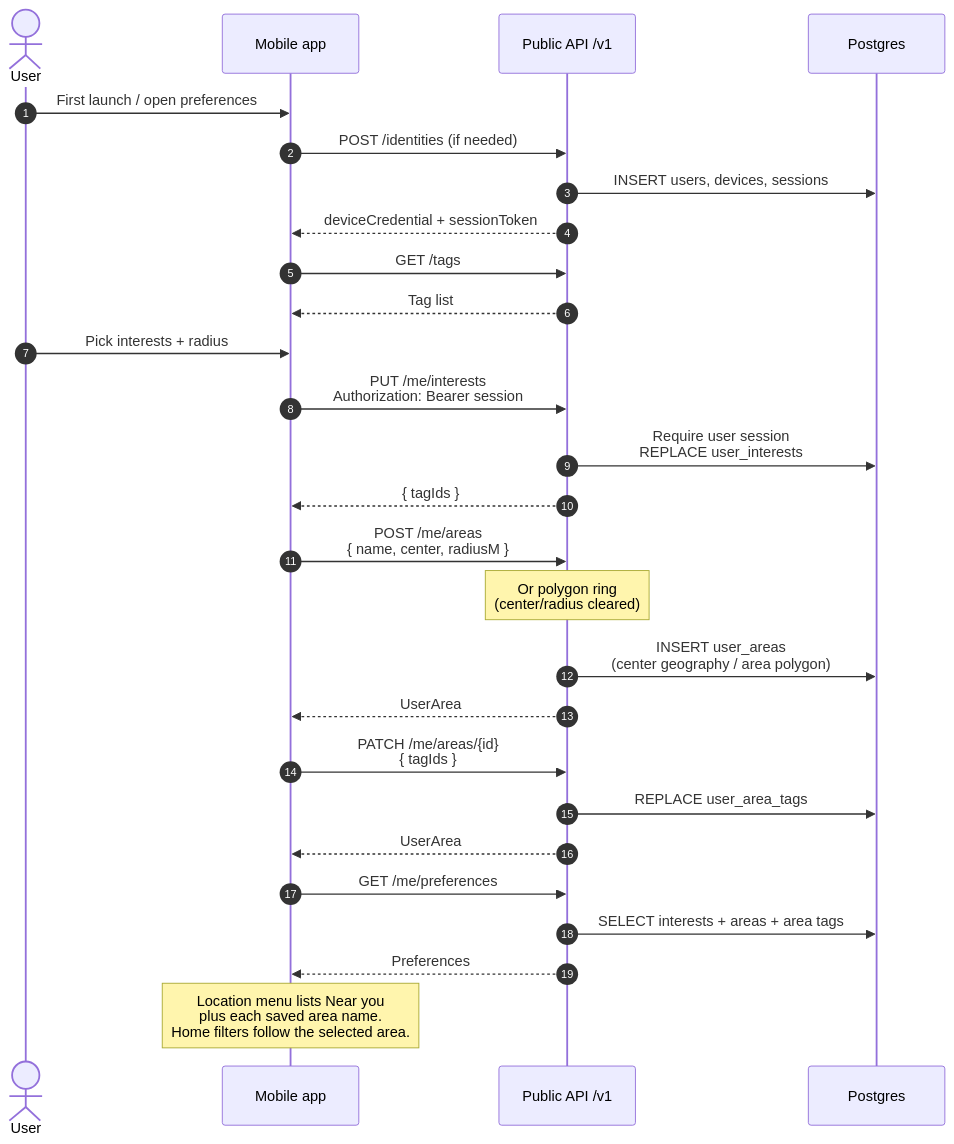
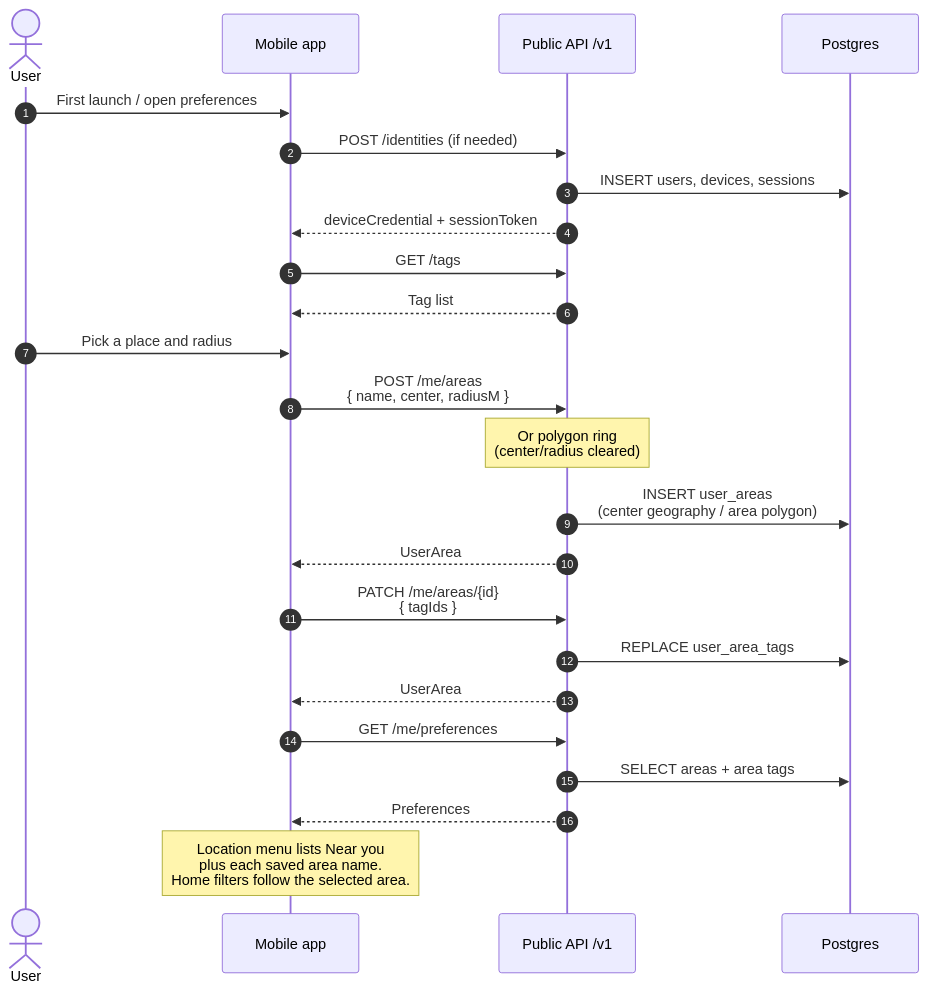
One commit to BradleySmallbottoms/evently changed the diagram in docs/flows/user-preferences.md. Above: the diagram before and after it, drawn with Mermaid. The commit also changed other lines of this file and 85 other files, not shown here.

````diff
--- a/docs/flows/user-preferences.md
+++ b/docs/flows/user-preferences.md
@@ -8,35 +9,31 @@
 ```mermaid
 sequenceDiagram
   autonumber
   actor User
   participant Mobile as Mobile app
   participant API as Public API /v1
   participant DB as Postgres
 
   User->>Mobile: First launch / open preferences
   Mobile->>API: POST /identities (if needed)
   API->>DB: INSERT users, devices, sessions
   API-->>Mobile: deviceCredential + sessionToken
 
   Mobile->>API: GET /tags
   API-->>Mobile: Tag list
 
-  User->>Mobile: Pick interests + radius
-  Mobile->>API: PUT /me/interests<br/>Authorization: Bearer session
-  API->>DB: Require user session<br/>REPLACE user_interests
-  API-->>Mobile: { tagIds }
-
+  User->>Mobile: Pick a place and radius
   Mobile->>API: POST /me/areas<br/>{ name, center, radiusM }
   Note over API: Or polygon ring<br/>(center/radius cleared)
   API->>DB: INSERT user_areas<br/>(center geography / area polygon)
   API-->>Mobile: UserArea
 
   Mobile->>API: PATCH /me/areas/{id}<br/>{ tagIds }
   API->>DB: REPLACE user_area_tags
   API-->>Mobile: UserArea
 
   Mobile->>API: GET /me/preferences
-  API->>DB: SELECT interests + areas + area tags
+  API->>DB: SELECT areas + area tags
   API-->>Mobile: Preferences
   Note over Mobile: Location menu lists Near you<br/>plus each saved area name.<br/>Home filters follow the selected area.
 ```
````
